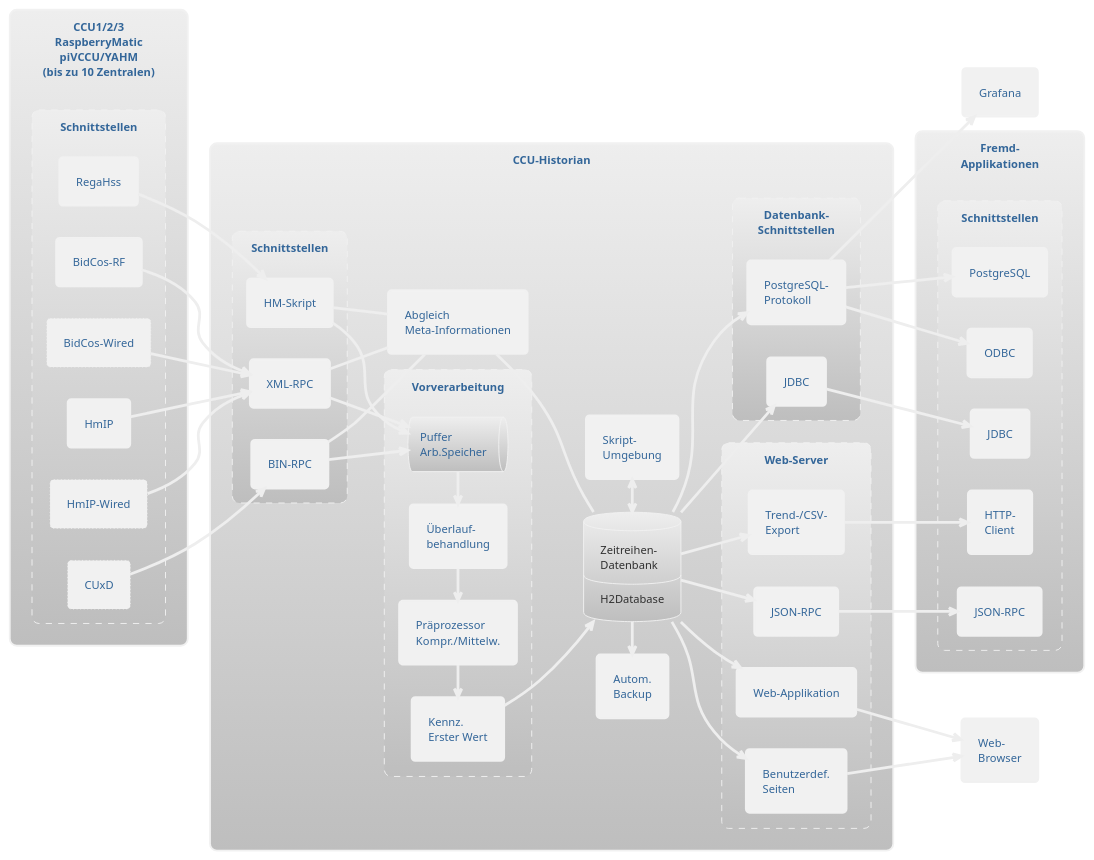
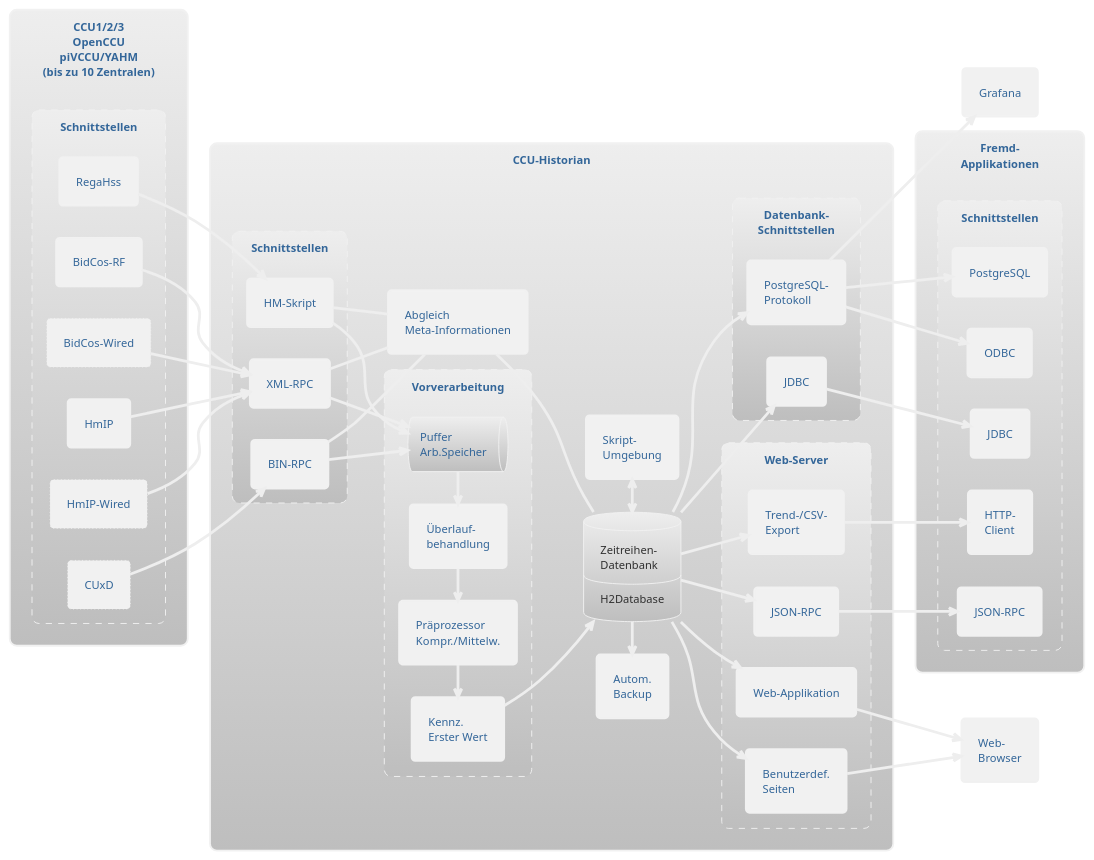
One commit to mdzio/ccu-historian changed the diagram in doc/ccu-historian-overview.plantuml. Above: the diagram before and after it, drawn with PlantUML. The commit also changed 6 other files, not shown here.

First line of the commit message:
Replace RaspberryMatic with OpenCCU

```diff
--- a/doc/ccu-historian-overview.plantuml
+++ b/doc/ccu-historian-overview.plantuml
@@ -1,109 +1,109 @@
 @startuml
 !theme silver
 left to right direction
 
-rectangle "CCU1/2/3\nRaspberryMatic\npiVCCU/YAHM\n(bis zu 10 Zentralen)" {
+rectangle "CCU1/2/3\nOpenCCU\npiVCCU/YAHM\n(bis zu 10 Zentralen)" {
   rectangle "Schnittstellen" as ccuitf #line.dashed {
     rectangle "RegaHss" as regahss
     rectangle "BidCos-RF" as bidcosrf
     rectangle "BidCos-Wired" as bidcoswired #line.dotted
     rectangle "HmIP" as hmip
     rectangle "HmIP-Wired" as hmipwired #line.dotted
     rectangle "CUxD" as cuxd #line.dotted
   }
 }
 
 rectangle "CCU-Historian" {
   rectangle "Schnittstellen" #line.dashed {
     rectangle "HM-Skript" as hmskript
     rectangle "XML-RPC" as xmlrpc
     rectangle "BIN-RPC" as binrpc
   }
 
   regahss --> hmskript
   bidcosrf --> xmlrpc
   bidcoswired --> xmlrpc
   hmip --> xmlrpc
   hmipwired --> xmlrpc
   cuxd --> binrpc
 
   rectangle "Abgleich\nMeta-Informationen" as abglmeta
   hmskript -- abglmeta
   binrpc -- abglmeta
   xmlrpc -- abglmeta
 
   database db [
     Zeitreihen-
     Datenbank
     ---
     H2Database
   ]
   abglmeta -- db
 
   rectangle "Autom.\nBackup" as backup
   backup <- db
 
   rectangle "Skript-\nUmgebung" as scriptenv
   db <-> scriptenv
 
   rectangle "Vorverarbeitung" #line.dashed {
     queue "Puffer\nArb.Speicher" as puffer
     hmskript --> puffer
     binrpc --> puffer
     xmlrpc --> puffer
 
     rectangle "Überlauf-\nbehandlung" as overfl
     overfl <- puffer
 
     rectangle "Präprozessor\nKompr./Mittelw." as preproc
     preproc <- overfl 
 
     rectangle "Kennz.\nErster Wert" as firstar
     firstar <- preproc 
   }
   firstar --> db
 
   rectangle "Datenbank-\nSchnittstellen" #line.dashed {
     rectangle "PostgreSQL-\nProtokoll" as postgresql
     db --> postgresql
 
     rectangle "JDBC" as jdbc
     db --> jdbc
   }
 
   rectangle "Web-Server" #line.dashed {
     rectangle "Web-Applikation" as webapp
     rectangle "Trend-/CSV-\nExport" as export
     rectangle "JSON-RPC" as jsonrpc
     rectangle "Benutzerdef.\nSeiten" as custom
 
     db --> webapp
     db --> export
     db --> custom
     db --> jsonrpc
   }
 }
 
 rectangle "Web-\nBrowser" as webb
 custom --> webb
 webapp --> webb
 
 rectangle "Grafana" as grafana
 postgresql --> grafana
 
 rectangle "Fremd-\nApplikationen" {
   rectangle "Schnittstellen" as appitf #line.dashed {
     rectangle "PostgreSQL" as itfpostgresql
     rectangle "ODBC" as itfodbc
     rectangle "JDBC" as itfjdbc
     rectangle "HTTP-\nClient" as itfhttp
     rectangle "JSON-RPC" as itfjsonrpc
 
     postgresql --> itfpostgresql
     postgresql --> itfodbc
     jdbc --> itfjdbc
     export --> itfhttp
     jsonrpc --> itfjsonrpc
   }
 }
 @enduml
```
